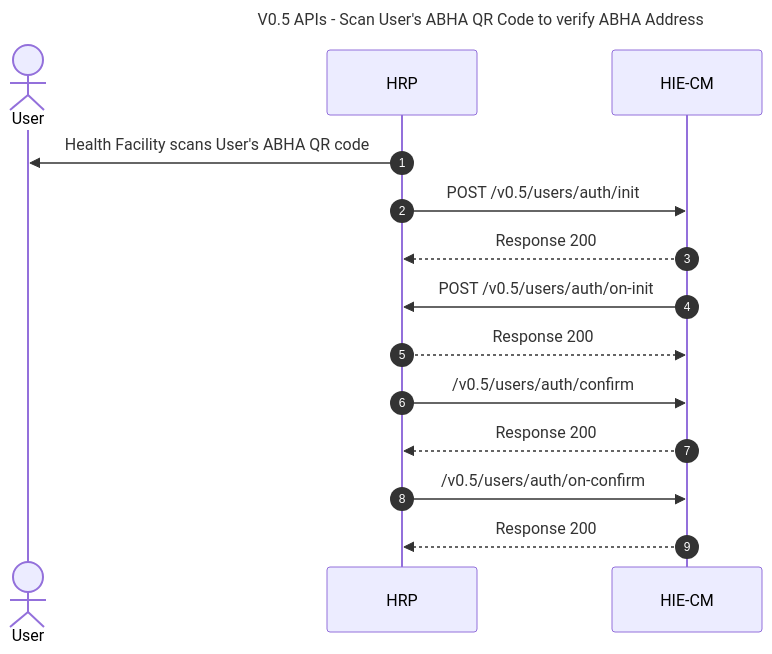
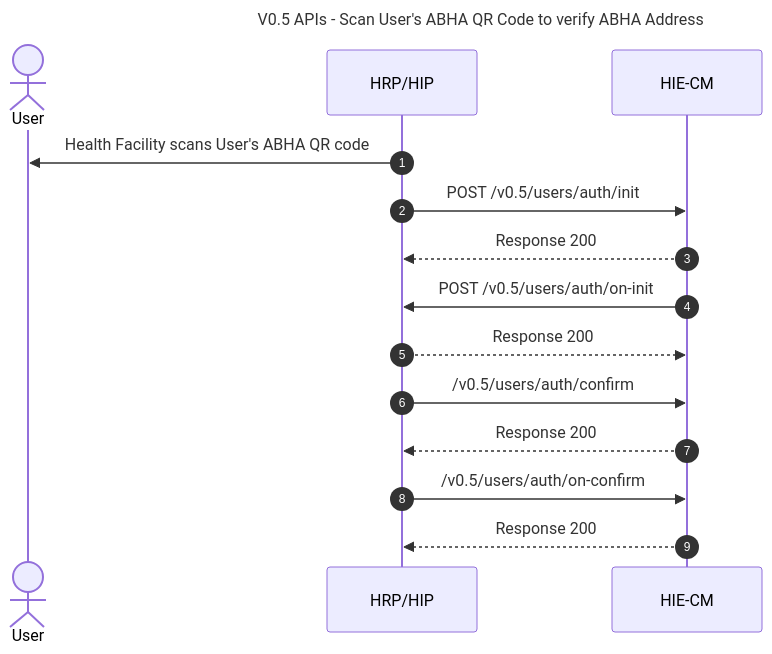
One commit to kiranma72/abdm-docs changed the first of 2 diagrams in content/2-milestone1/verify-abha-address/user-abha-qr-scan.md. Above: the diagram before and after it, drawn with Mermaid. The commit also changed other lines of this file and 1 other file, not shown here.

Commit message:
API Versions

```diff
--- a/content/2-milestone1/verify-abha-address/user-abha-qr-scan.md
+++ b/content/2-milestone1/verify-abha-address/user-abha-qr-scan.md
@@ -87,15 +87,15 @@
 {{< mermaid >}}
 %%{init:{"fontSize": "1.0rem", "sequence":{"showSequenceNumbers":true}}}%%
 sequenceDiagram
 title V0.5 APIs - Scan User's ABHA QR Code to verify ABHA Address
 actor User
-HRP->>User: Health Facility scans User's ABHA QR code
-HRP->>HIE-CM: POST /v0.5/users/auth/init
-HIE-CM-->>HRP: Response 200
-HIE-CM->>HRP: POST /v0.5/users/auth/on-init
-HRP-->>HIE-CM: Response 200
-HRP->>HIE-CM: /v0.5/users/auth/confirm
-HIE-CM-->>HRP: Response 200
-HRP->>HIE-CM: /v0.5/users/auth/on-confirm
-HIE-CM-->>HRP: Response 200
+HRP/HIP->>User: Health Facility scans User's ABHA QR code
+HRP/HIP->>HIE-CM: POST /v0.5/users/auth/init
+HIE-CM-->>HRP/HIP: Response 200
+HIE-CM->>HRP/HIP: POST /v0.5/users/auth/on-init
+HRP/HIP-->>HIE-CM: Response 200
+HRP/HIP->>HIE-CM: /v0.5/users/auth/confirm
+HIE-CM-->>HRP/HIP: Response 200
+HRP/HIP->>HIE-CM: /v0.5/users/auth/on-confirm
+HIE-CM-->>HRP/HIP: Response 200
 {{< /mermaid >}}
```
